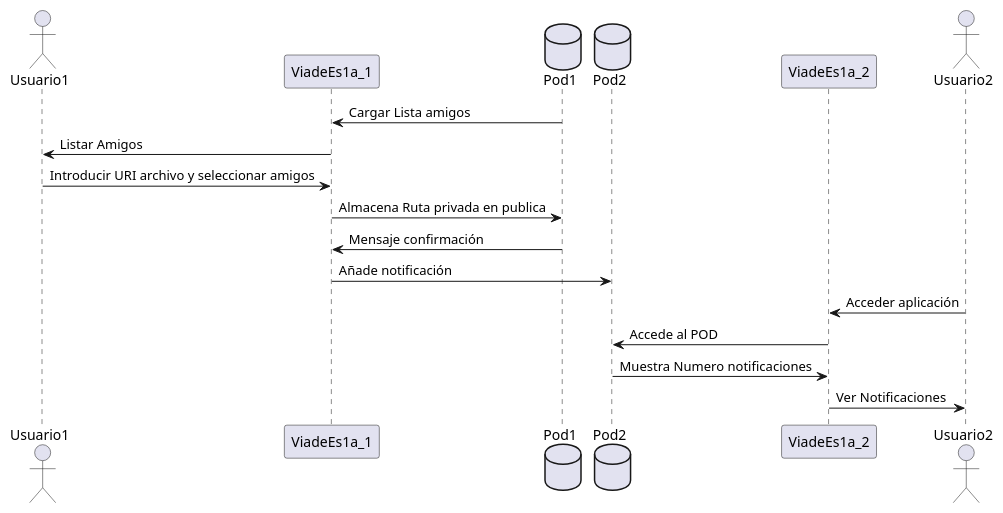
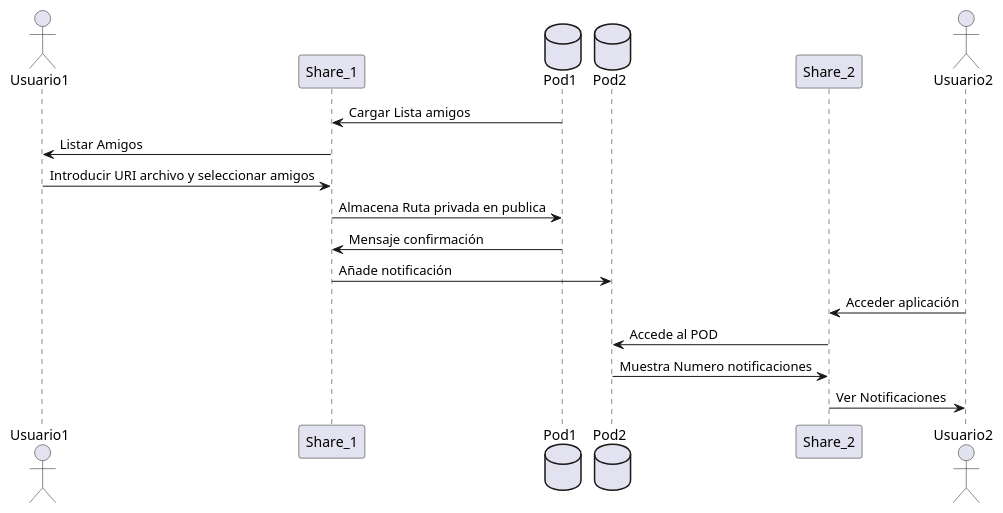
One commit to Arquisoft/viade_es1a changed the fourth of 4 diagrams in src/docs/06_runtime_view.adoc. Above: the diagram before and after it, drawn with PlantUML. The commit also changed other lines of this file, not shown here.

```diff
--- a/src/docs/06_runtime_view.adoc
+++ b/src/docs/06_runtime_view.adoc
@@ -66,32 +65,32 @@
 [plantuml,compartir arhivos,png]
 ----
 @startuml
 actor Usuario1
 
 
-participant  ViadeEs1a_1
+participant  Share_1
 database Pod1
 database Pod2
-participant  ViadeEs1a_2
+participant  Share_2
 
 actor Usuario2
 
-Pod1 -> ViadeEs1a_1 :Cargar Lista amigos
-ViadeEs1a_1 -> Usuario1:Listar Amigos
-Usuario1 -> ViadeEs1a_1:Introducir URI archivo y seleccionar amigos
+Pod1 -> Share_1 :Cargar Lista amigos
+Share_1 -> Usuario1:Listar Amigos
+Usuario1 -> Share_1:Introducir URI archivo y seleccionar amigos
 
 
-ViadeEs1a_1 -> Pod1:Almacena Ruta privada en publica
-Pod1 -> ViadeEs1a_1:Mensaje confirmación
+Share_1 -> Pod1:Almacena Ruta privada en publica
+Pod1 -> Share_1:Mensaje confirmación
 
 
-ViadeEs1a_1 -> Pod2:Añade notificación
-ViadeEs1a_2 <- Usuario2: Acceder aplicación
-Pod2 <- ViadeEs1a_2:Accede al POD
+Share_1 -> Pod2:Añade notificación
+Share_2 <- Usuario2: Acceder aplicación
+Pod2 <- Share_2:Accede al POD
 
-ViadeEs1a_2 <- Pod2: Muestra Numero notificaciones
+Share_2 <- Pod2: Muestra Numero notificaciones
 
-ViadeEs1a_2 -> Usuario2: Ver Notificaciones
+Share_2 -> Usuario2: Ver Notificaciones
 
 @enduml
 ----
```
